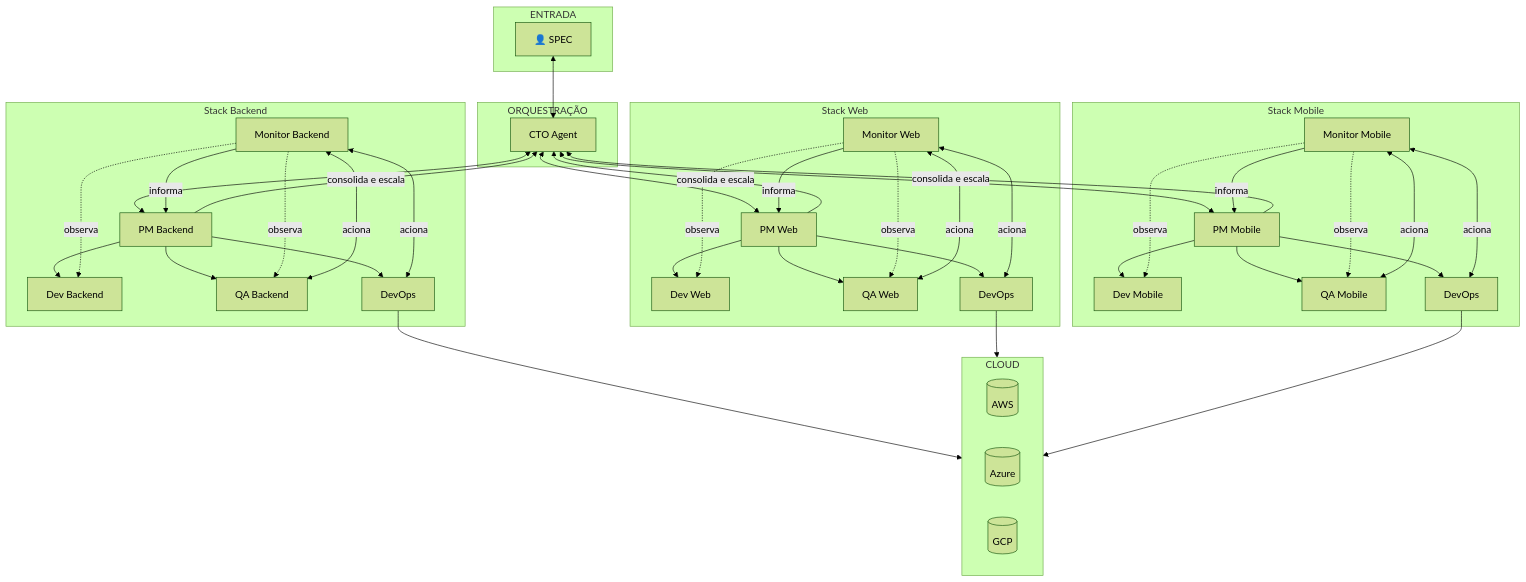
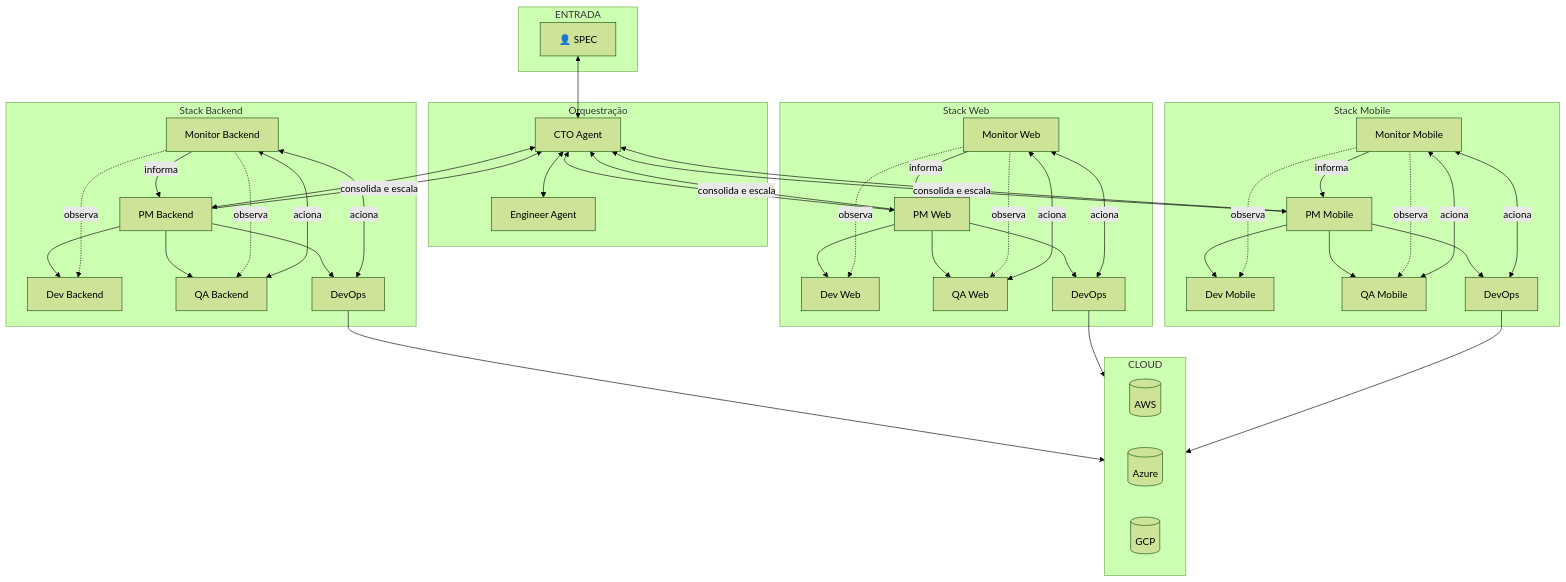
Before and after one commit to zentriztech/zentriz-genesis: the second of 5 diagrams in ARCHITECTURE_DIAGRAM.md, drawn with Mermaid (forest theme). The commit also changed other lines of this file and 51 other files, not shown here.

```diff
--- a/ARCHITECTURE_DIAGRAM.md
+++ b/ARCHITECTURE_DIAGRAM.md
@@ -51,8 +53,9 @@
         SPEC["👤 SPEC"]
     end
 
-    subgraph ORQUESTRAÇÃO
+    subgraph ORQUESTRAÇÃO["Orquestração"]
         CTO["CTO Agent"]
+        ENG["Engineer Agent"]
     end
 
     subgraph MÓDULO_BACKEND["Stack Backend"]
@@ -86,6 +89,7 @@
     end
 
     SPEC <--> CTO
+    CTO <--> ENG
     CTO <--> PM_BE
     CTO <--> PM_WEB
     CTO <--> PM_MOB
```
